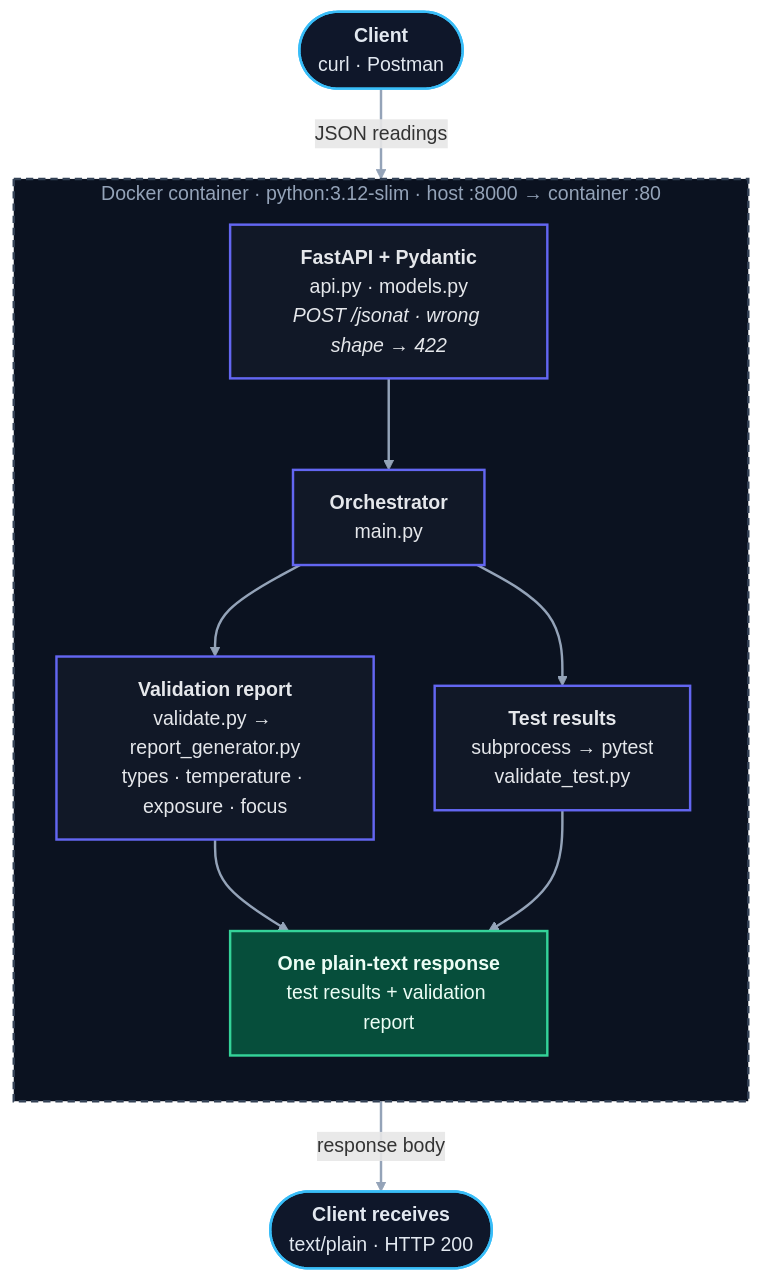
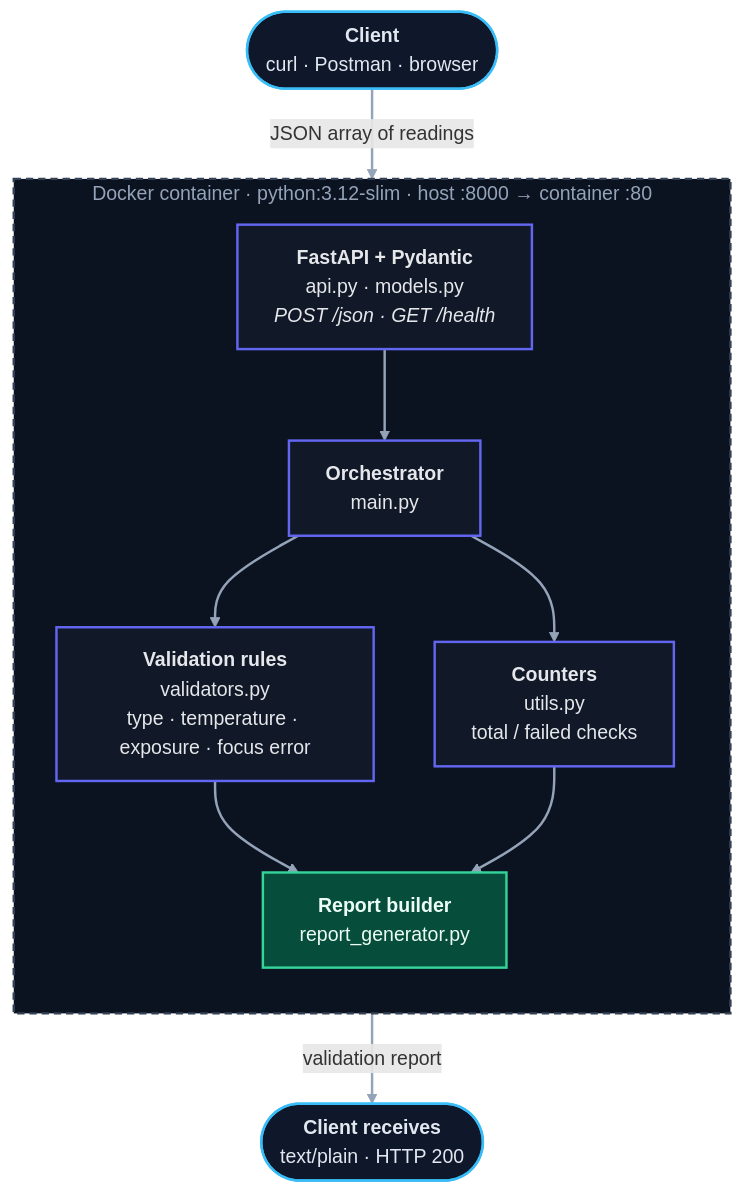
Before and after one commit to agragab/automatic-validation-framework: the first of 3 diagrams in README.md, drawn with Mermaid. The commit also changed other lines of this file, not shown here.

````diff
--- a/README.md
+++ b/README.md
@@ -13,31 +26,33 @@
 ```mermaid
 flowchart TD
-    client(["<b>Client</b><br/>curl · Postman"])
+    client(["<b>Client</b><br/>curl · Postman · browser"])
 
     subgraph docker["Docker container · python:3.12-slim · host :8000 → container :80"]
         direction TB
-        api["<b>FastAPI + Pydantic</b><br/>api.py · models.py<br/><i>POST /jsonat · wrong shape → 422</i>"]
+        api["<b>FastAPI + Pydantic</b><br/>api.py · models.py<br/><i>POST /json · GET /health</i>"]
         main["<b>Orchestrator</b><br/>main.py"]
-        rules["<b>Validation report</b><br/>validate.py → report_generator.py<br/>types · temperature · exposure · focus"]
-        pytest["<b>Test results</b><br/>subprocess → pytest<br/>validate_test.py"]
-        merge["<b>One plain-text response</b><br/>test results + validation report"]
+        rules["<b>Validation rules</b><br/>validators.py<br/>type · temperature · exposure · focus error"]
+        counts["<b>Counters</b><br/>utils.py<br/>total / failed checks"]
+        report["<b>Report builder</b><br/>report_generator.py"]
 
         api --> main
-        main --> rules --> merge
-        main --> pytest --> merge
+        main --> rules
+        main --> counts
+        rules --> report
+        counts --> report
     end
 
     out(["<b>Client receives</b><br/>text/plain · HTTP 200"])
 
-    client == "JSON readings" ==> api
-    merge == "response body" ==> out
+    client == "JSON array of readings" ==> api
+    report == "validation report" ==> out
 
     classDef edge fill:#0f172a,stroke:#38bdf8,stroke-width:2px,color:#e2e8f0;
     classDef core fill:#111827,stroke:#6366f1,stroke-width:2px,color:#e5e7eb;
     classDef res fill:#064e3b,stroke:#34d399,stroke-width:2px,color:#ecfdf5;
     class client,out edge
-    class api,main,rules,pytest core
-    class merge res
+    class api,main,rules,counts core
+    class report res
     style docker fill:#0b1220,stroke:#334155,stroke-width:2px,stroke-dasharray:6 4,color:#94a3b8
     linkStyle default stroke:#94a3b8,stroke-width:2px
 ```
````
